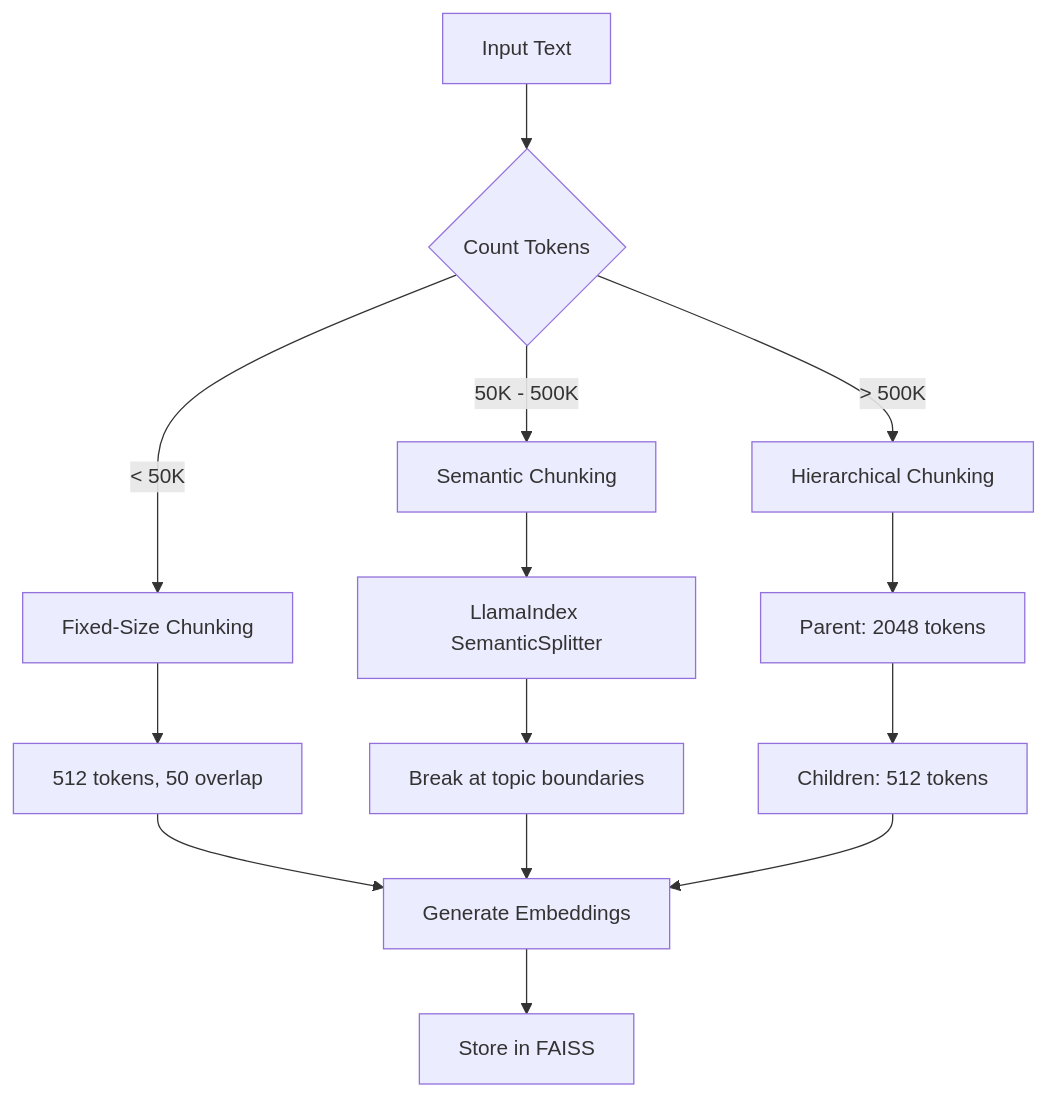
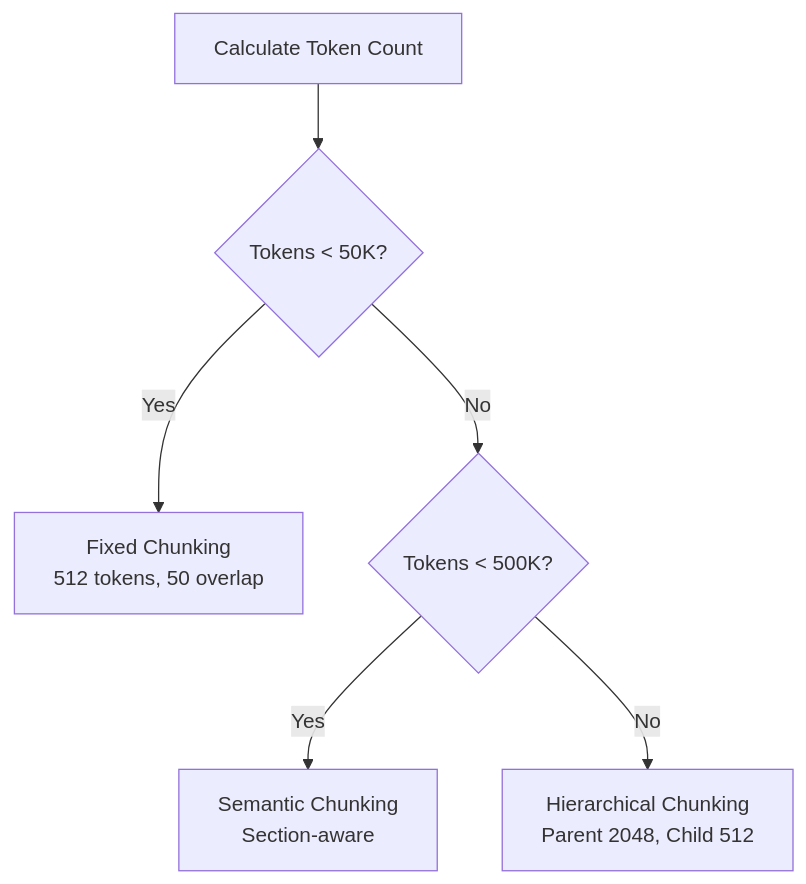
Before and after one commit to satyaki-mitra/docu-vault-ai: the third of 4 diagrams in README.md, drawn with Mermaid. The commit also changed other lines of this file and 2 other files, not shown here.

````diff
--- a/README.md
+++ b/README.md
@@ -505,21 +358,8 @@
 ```mermaid
-flowchart TD
-    A[Input Text] --> B{Count Tokens}
-    
-    B -->|< 50K| C[Fixed-Size Chunking]
-    C --> C1[512 tokens, 50 overlap]
-    
-    B -->|50K - 500K| D[Semantic Chunking]
-    D --> D1[LlamaIndex SemanticSplitter]
-    D1 --> D2[Break at topic boundaries]
-    
-    B -->|> 500K| E[Hierarchical Chunking]
-    E --> E1[Parent: 2048 tokens]
-    E1 --> E2[Children: 512 tokens]
-    
-    C1 --> F[Generate Embeddings]
-    D2 --> F
-    E2 --> F
-    
-    F --> G[Store in FAISS]
+graph TD
+    A[Calculate Token Count] --> B{Tokens < 50K?}
+    B -->|Yes| C[Fixed Chunking<br/>512 tokens, 50 overlap]
+    B -->|No| D{Tokens < 500K?}
+    D -->|Yes| E[Semantic Chunking<br/>Section-aware]
+    D -->|No| F[Hierarchical Chunking<br/>Parent 2048, Child 512]
 ```
````
